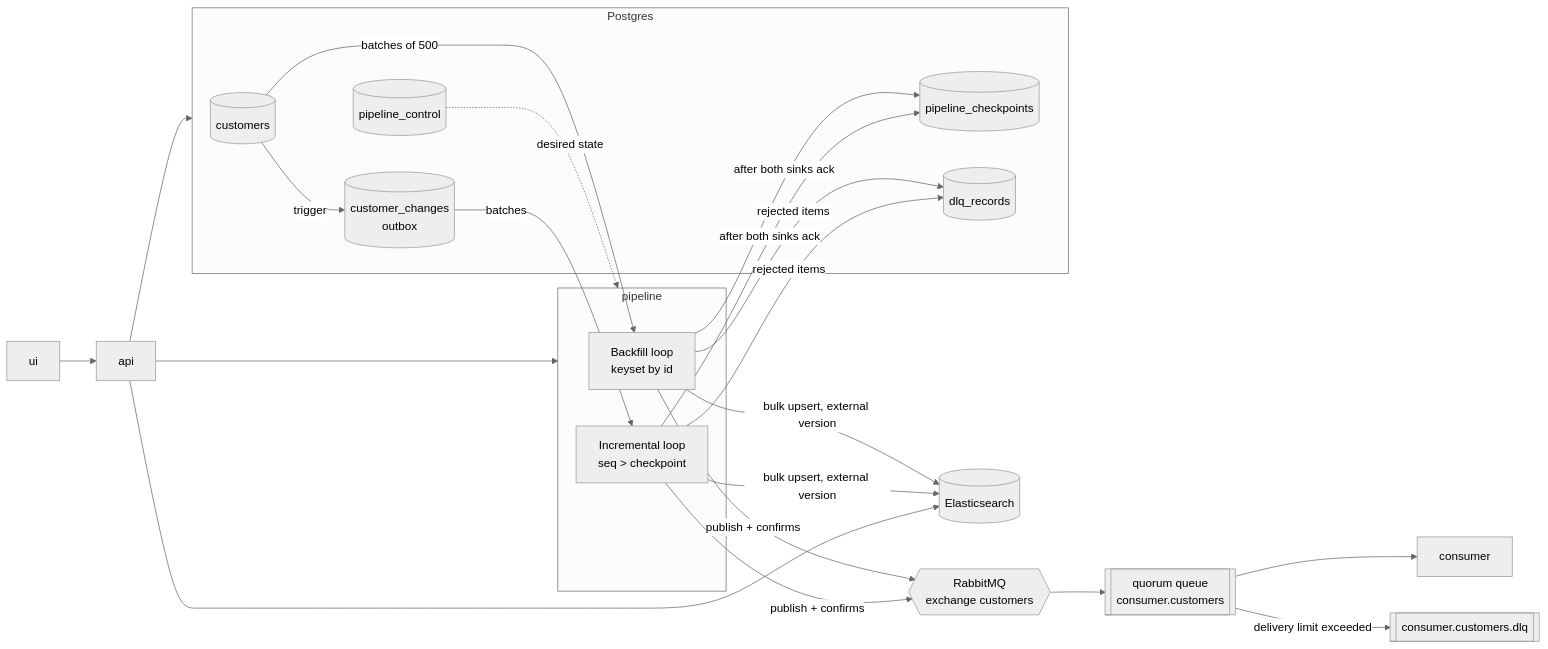
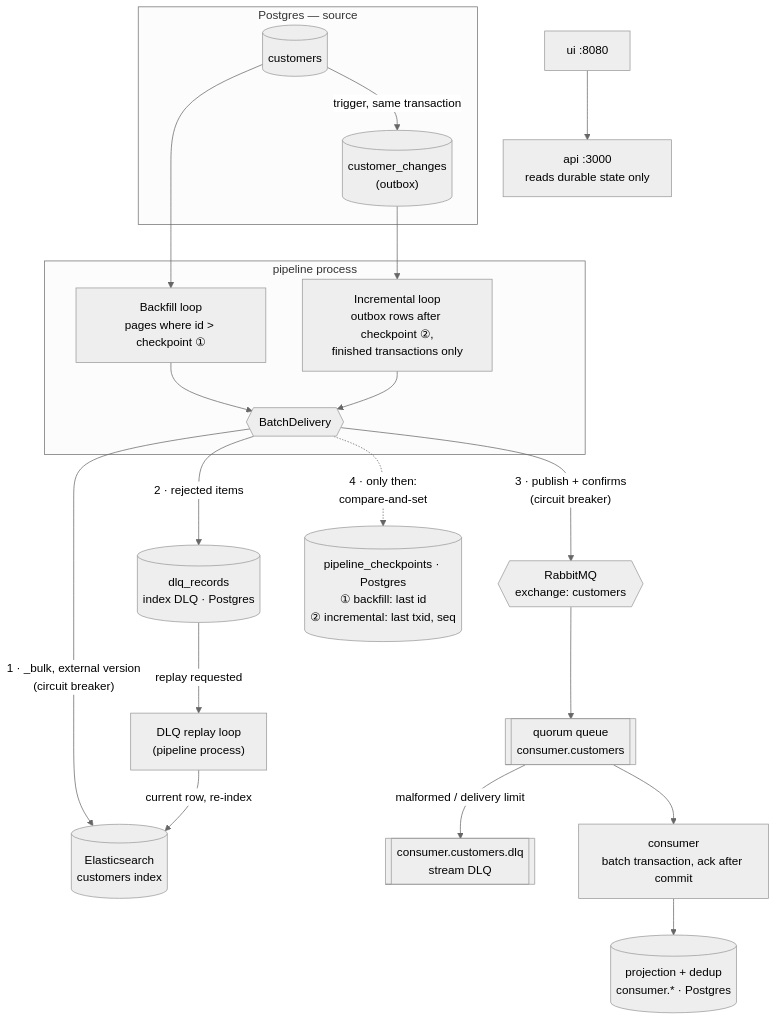
The diagram in SPEC.md (ladoborton/optio-task-kill-it-twice), drawn with Mermaid (neutral theme) before and after one commit. The commit also changed other lines of this file, not shown here.

````diff
--- a/SPEC.md
+++ b/SPEC.md
@@ -168,28 +182,32 @@
 ```mermaid
-flowchart LR
-  subgraph Source[Postgres]
-    C[(customers)] -- trigger --> O[(customer_changes<br/>outbox)]
-    CP[(pipeline_checkpoints)]
-    DLQ[(dlq_records)]
-    CTL[(pipeline_control)]
+flowchart TB
+  subgraph SRC["Postgres — source"]
+    C[(customers)] -- "trigger, same transaction" --> O[("customer_changes<br/>(outbox)")]
   end
 
-  subgraph P[pipeline]
-    BF[Backfill loop<br/>keyset by id]
-    INC[Incremental loop<br/>seq > checkpoint]
+  subgraph P["pipeline process"]
+    BF["Backfill loop<br/>pages where id > checkpoint ①"]
+    INC["Incremental loop<br/>outbox rows after checkpoint ②,<br/>finished transactions only"]
+    BD{{"BatchDelivery"}}
   end
 
-  C -- batches of 500 --> BF
-  O -- batches --> INC
-  BF & INC -- bulk upsert, external version --> ES[(Elasticsearch)]
-  BF & INC -- publish + confirms --> X{{RabbitMQ<br/>exchange customers}}
-  BF & INC -- rejected items --> DLQ
-  BF & INC -- after both sinks ack --> CP
-  CTL -. desired state .-> P
+  C --> BF
+  O --> INC
+  BF --> BD
+  INC --> BD
 
-  X --> Q[[quorum queue<br/>consumer.customers]] --> CON[consumer]
-  Q -- delivery limit exceeded --> QD[[consumer.customers.dlq]]
+  BD -- "1 · _bulk, external version<br/>(circuit breaker)" --> ES[("Elasticsearch<br/>customers index")]
+  BD -- "2 · rejected items" --> DLQ[("dlq_records<br/>index DLQ · Postgres")]
+  BD -- "3 · publish + confirms<br/>(circuit breaker)" --> X{{"RabbitMQ<br/>exchange: customers"}}
+  BD -. "4 · only then:<br/>compare-and-set" .-> CP[("pipeline_checkpoints · Postgres<br/>① backfill: last id<br/>② incremental: last txid, seq")]
 
-  API[api] --> Source & ES & P
-  UI[ui] --> API
+  DLQ -- "replay requested" --> RP["DLQ replay loop<br/>(pipeline process)"]
+  RP -- "current row, re-index" --> ES
+
+  X --> Q[["quorum queue<br/>consumer.customers"]]
+  Q -- "malformed / delivery limit" --> QD[["consumer.customers.dlq<br/>stream DLQ"]]
+  Q --> CS["consumer<br/>batch transaction, ack after commit"]
+  CS --> PROJ[("projection + dedup<br/>consumer.* · Postgres")]
+
+  UI["ui :8080"] --> API["api :3000<br/>reads durable state only"]
 ```
````
